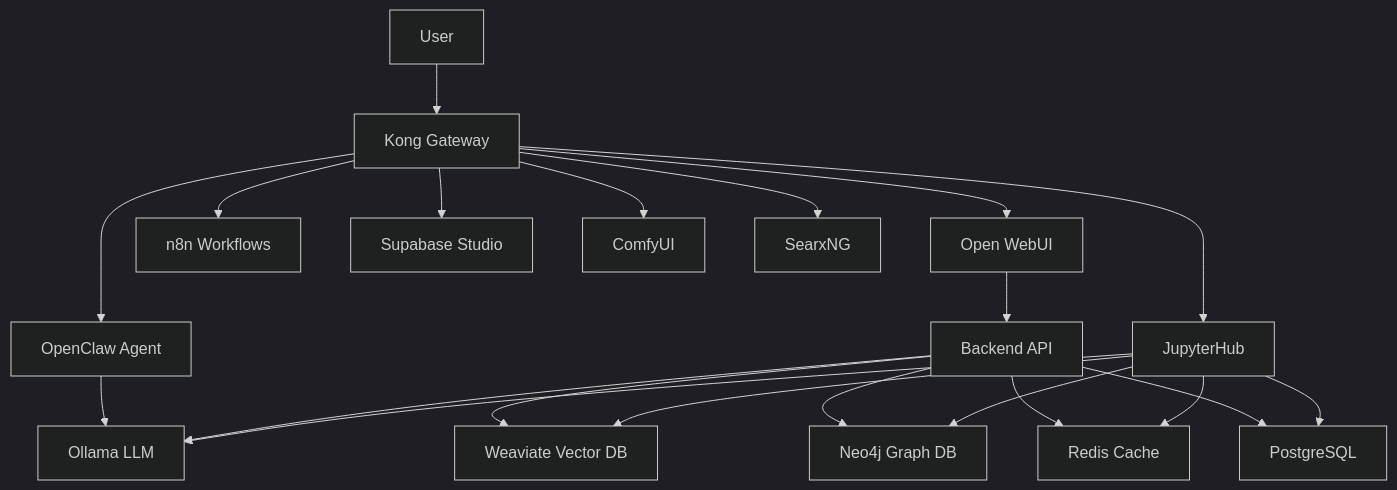
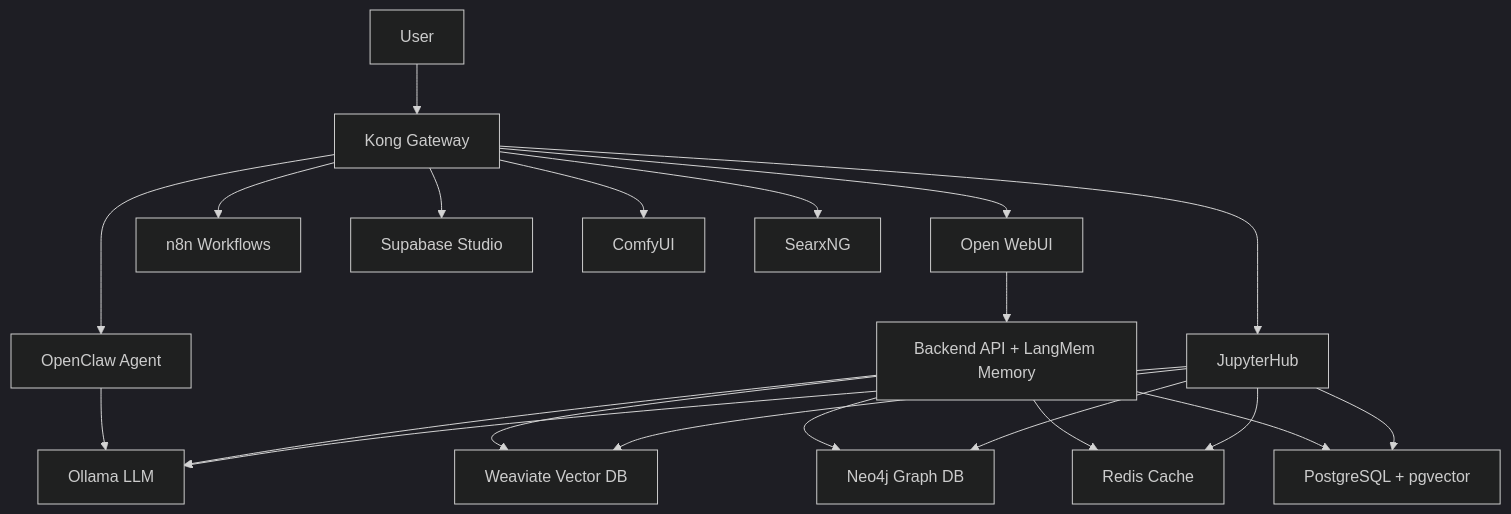
One commit to thekaveh/genai-vanilla changed the diagram in README.md. Above: the diagram before and after it, drawn with Mermaid (dark theme). The commit also changed other lines of this file and 18 other files, not shown here.

Commit message:
adds lang-mem and fixes some issues

````diff
--- a/README.md
+++ b/README.md
@@ -115,25 +115,25 @@
 ```mermaid
 graph TB
     User[User] --> Kong[Kong Gateway]
     Kong --> OpenWebUI[Open WebUI]
     Kong --> N8N[n8n Workflows]
     Kong --> Supabase[Supabase Studio]
     Kong --> ComfyUI[ComfyUI]
     Kong --> SearxNG[SearxNG]
     Kong --> JupyterHub[JupyterHub]
     Kong --> OpenClaw[OpenClaw Agent]
 
     OpenClaw --> Ollama
-    OpenWebUI --> Backend[Backend API]
+    OpenWebUI --> Backend[Backend API + LangMem Memory]
     Backend --> Ollama[Ollama LLM]
     Backend --> Weaviate[Weaviate Vector DB]
     Backend --> Neo4j[Neo4j Graph DB]
     Backend --> Redis[Redis Cache]
-    Backend --> PostgreSQL[PostgreSQL]
+    Backend --> PostgreSQL[PostgreSQL + pgvector]
 
     JupyterHub --> Ollama
     JupyterHub --> Weaviate
     JupyterHub --> Neo4j
     JupyterHub --> PostgreSQL
     JupyterHub --> Redis
 ```
````
